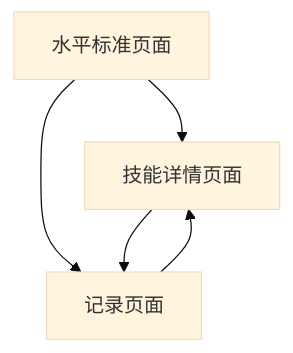
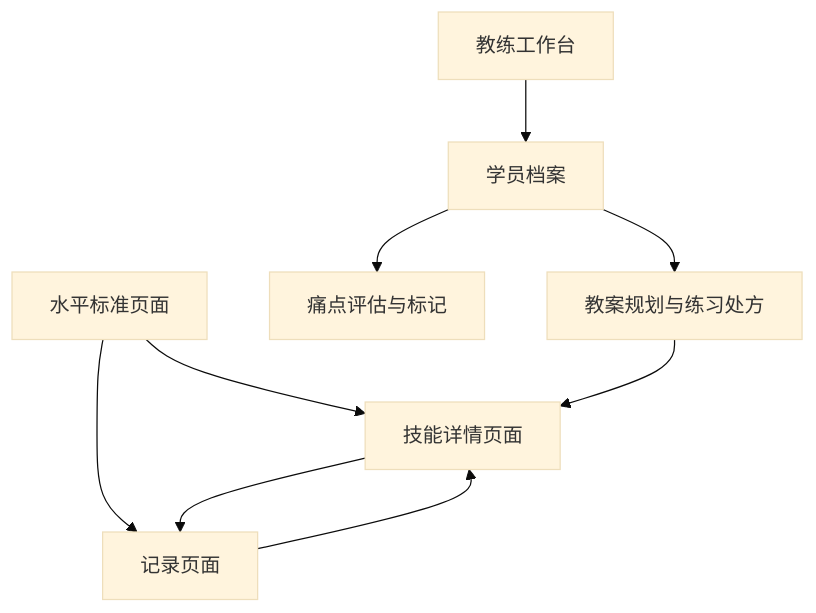
One commit to Q06183/AllLevelTennis changed the diagram in .trae/documents/prd.md. Above: the diagram before and after it, drawn with Mermaid (base theme). The commit also changed other lines of this file and 12 other files, not shown here.

````diff
--- a/.trae/documents/prd.md
+++ b/.trae/documents/prd.md
@@ -51,7 +64,11 @@
 ```mermaid
 graph TD
   A[水平标准页面] --> B[技能详情页面]
   A --> C[记录页面]
   B --> C
   C --> B
+  D[教练工作台] --> E[学员档案]
+  E --> F[痛点评估与标记]
+  E --> G[教案规划与练习处方]
+  G --> B
 ```
````
